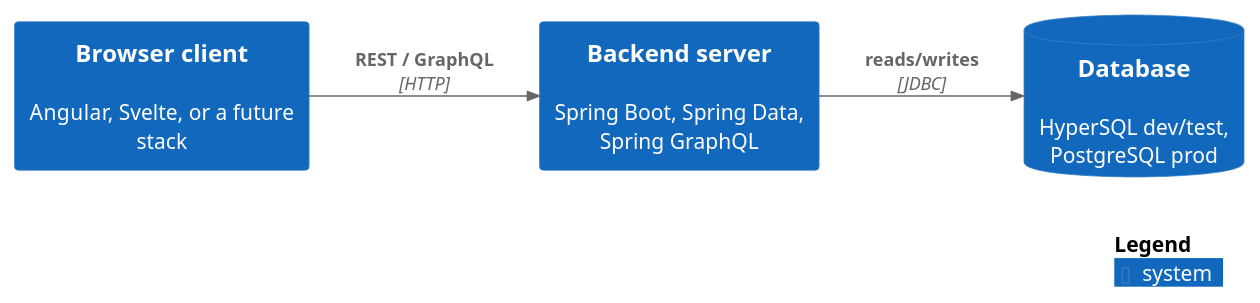
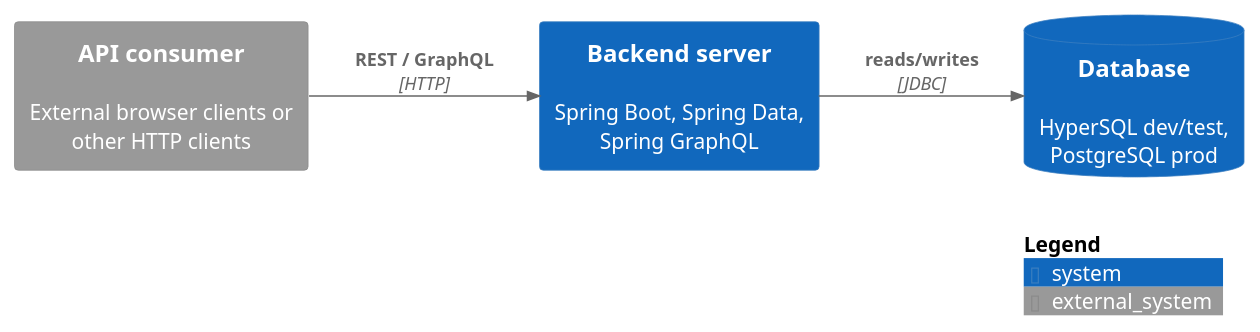
The second of 2 diagrams in doc/arc42/03-context-and-scope.adoc (robertbruckbauer/petclinic), drawn with PlantUML before and after one commit. The commit also changed 290 other files, not shown here.

```diff
--- a/doc/arc42/03-context-and-scope.adoc
+++ b/doc/arc42/03-context-and-scope.adoc
@@ -33,17 +33,17 @@
 [plantuml, target=technical-context, format=svg]
 ----
 @startuml
 !include <C4/C4_Context.puml>
 
 LAYOUT_LEFT_RIGHT()
 
-System(client, "Browser client", "Angular, Svelte, or a future stack")
+System_Ext(client, "API consumer", "External browser clients or other HTTP clients")
 System(server, "Backend server", "Spring Boot, Spring Data, Spring GraphQL")
 SystemDb(db, "Database", "HyperSQL dev/test, PostgreSQL prod")
 
 Rel(client, server, "REST / GraphQL", "HTTP")
 Rel(server, db, "reads/writes", "JDBC")
 
 SHOW_LEGEND()
 @enduml
 ----
```
